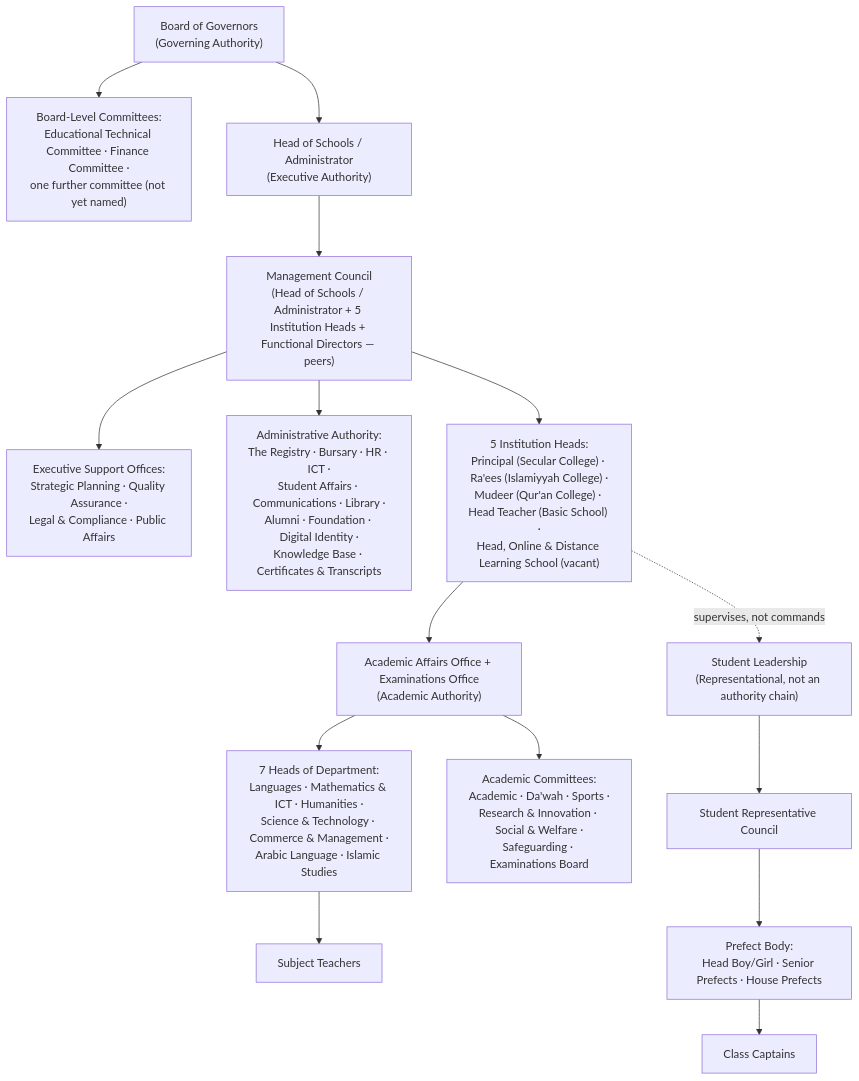
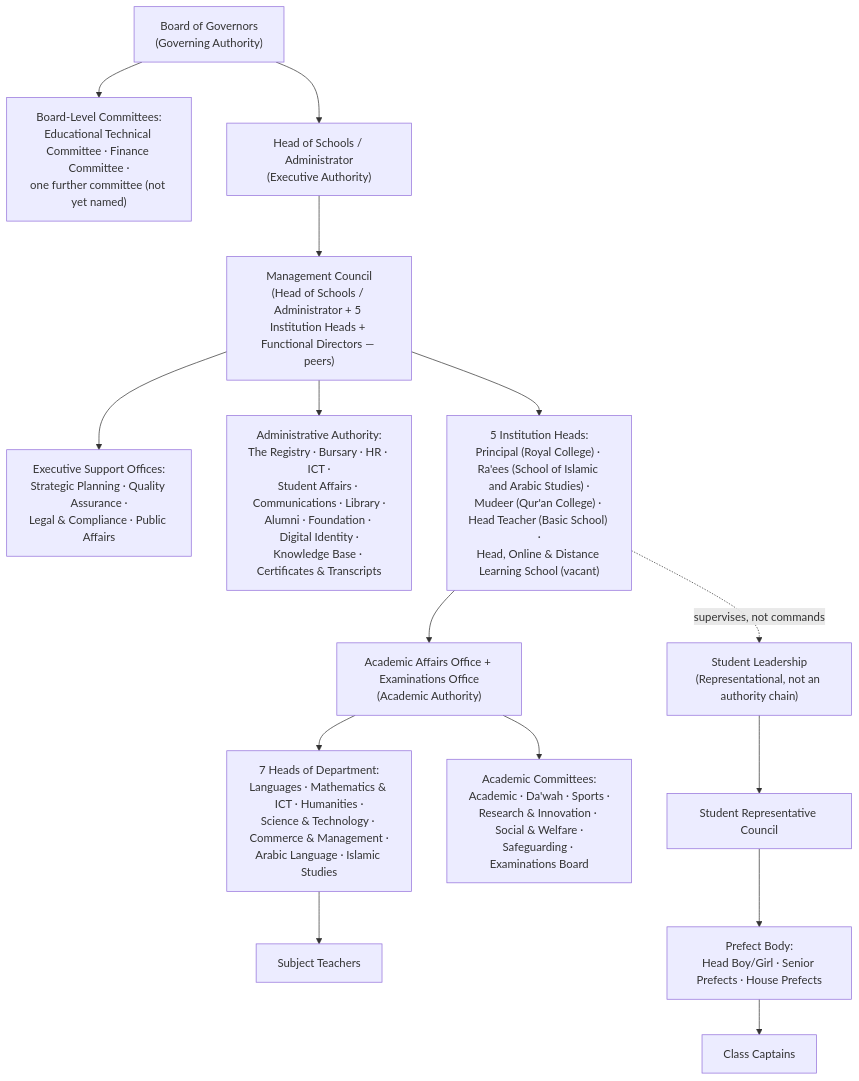
Before and after one commit to ahmadsulaimiy1/Sultan-: the diagram in docs/shrs-institutional-governance-architecture-2026.md, drawn with Mermaid. The commit also changed other lines of this file and 194 other files, not shown here.

````diff
--- a/docs/shrs-institutional-governance-architecture-2026.md
+++ b/docs/shrs-institutional-governance-architecture-2026.md
@@ -190,18 +190,18 @@
 ```mermaid
 graph TD
   BOG["Board of Governors<br/>(Governing Authority)"]
   BOG --> BC["Board-Level Committees:<br/>Educational Technical Committee · Finance Committee ·<br/>one further committee (not yet named)"]
   BOG --> HSA["Head of Schools / Administrator<br/>(Executive Authority)"]
   HSA --> MC["Management Council<br/>(Head of Schools / Administrator + 5 Institution Heads + Functional Directors — peers)"]
   MC --> ESO["Executive Support Offices:<br/>Strategic Planning · Quality Assurance ·<br/>Legal &amp; Compliance · Public Affairs"]
   MC --> ADM["Administrative Authority:<br/>The Registry · Bursary · HR · ICT ·<br/>Student Affairs · Communications · Library ·<br/>Alumni · Foundation · Digital Identity ·<br/>Knowledge Base · Certificates &amp; Transcripts"]
-  MC --> HEADS["5 Institution Heads:<br/>Principal (Secular College) · Ra'ees (Islamiyyah College) ·<br/>Mudeer (Qur'an College) · Head Teacher (Basic School) ·<br/>Head, Online &amp; Distance Learning School (vacant)"]
+  MC --> HEADS["5 Institution Heads:<br/>Principal (Royal College) · Ra'ees (School of Islamic and Arabic Studies) ·<br/>Mudeer (Qur'an College) · Head Teacher (Basic School) ·<br/>Head, Online &amp; Distance Learning School (vacant)"]
   HEADS --> AA["Academic Affairs Office + Examinations Office<br/>(Academic Authority)"]
   AA --> HOD["7 Heads of Department:<br/>Languages · Mathematics &amp; ICT · Humanities ·<br/>Science &amp; Technology · Commerce &amp; Management ·<br/>Arabic Language · Islamic Studies"]
   HOD --> TCH["Subject Teachers"]
   AA --> ACOM["Academic Committees:<br/>Academic · Da'wah · Sports ·<br/>Research &amp; Innovation · Social &amp; Welfare ·<br/>Safeguarding · Examinations Board"]
   HEADS -.supervises, not commands.-> SL["Student Leadership<br/>(Representational, not an authority chain)"]
   SL --> SRC["Student Representative Council"]
   SRC --> PB["Prefect Body:<br/>Head Boy/Girl · Senior Prefects · House Prefects"]
   PB --> CC["Class Captains"]
 ```
````
